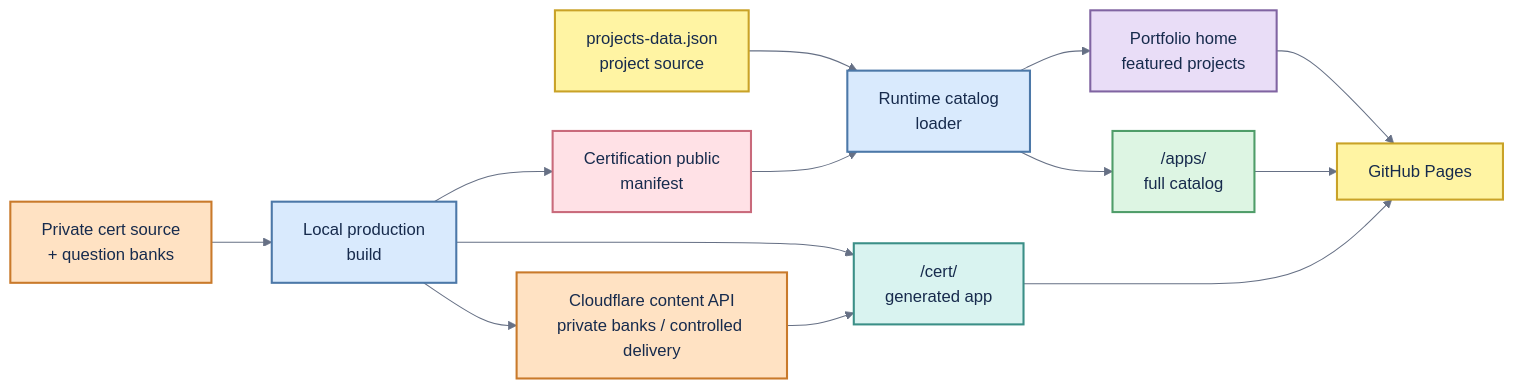
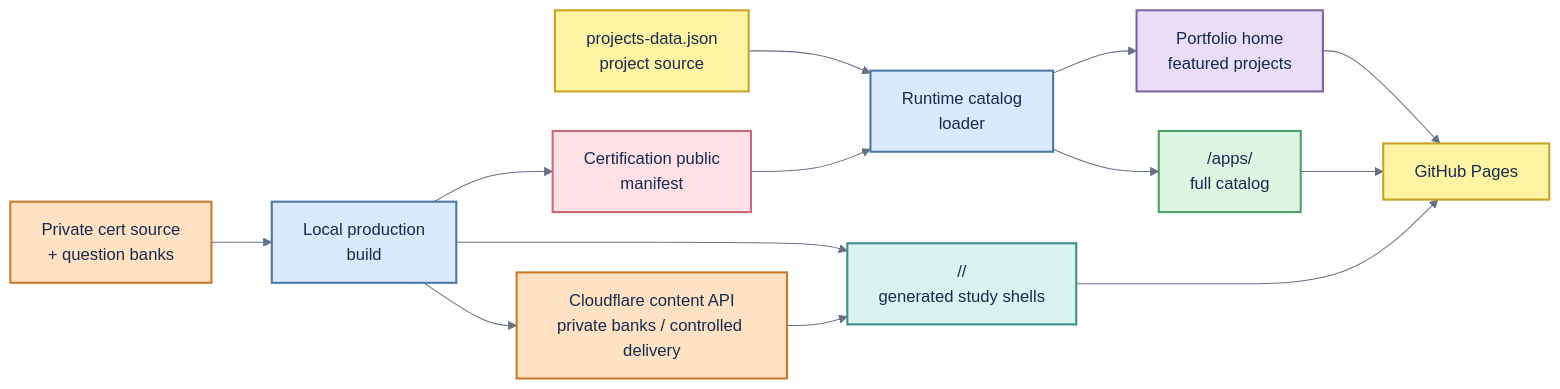
Before and after one commit to thangldw/thangldw.github.io: the diagram in README.md, drawn with Mermaid. The commit also changed other lines of this file and 15 other files, not shown here.

````diff
--- a/README.md
+++ b/README.md
@@ -7,23 +7,23 @@
 ```mermaid
 %%{init: {"theme":"base","flowchart":{"curve":"basis","nodeSpacing":38,"rankSpacing":58},"themeVariables":{"background":"#F7F7F5","fontFamily":"Inter, Arial, sans-serif","lineColor":"#667085","primaryTextColor":"#172B4D"}}}%%
 flowchart LR
     PJ["projects-data.json<br/>project source"]:::yellow --> PL["Runtime catalog<br/>loader"]:::blue
     CM["Certification public<br/>manifest"]:::pink --> PL
     PL --> H["Portfolio home<br/>featured projects"]:::purple
     PL --> A["/apps/<br/>full catalog"]:::green
     CS["Private cert source<br/>+ question banks"]:::orange --> CB["Local production<br/>build"]:::blue
-    CB --> CA["/cert/<br/>generated app"]:::cyan
+    CB --> CA["/<test>/<br/>generated study shells"]:::cyan
     CB --> CM
     CB --> API["Cloudflare content API<br/>private banks / controlled delivery"]:::orange
     API --> CA
     H --> GP["GitHub Pages"]:::yellow
     A --> GP
     CA --> GP
     classDef yellow fill:#FFF4A3,stroke:#C9A227,stroke-width:2px,color:#172B4D
     classDef blue fill:#D9EAFD,stroke:#4C78A8,stroke-width:2px,color:#172B4D
     classDef pink fill:#FFE1E6,stroke:#C96A7B,stroke-width:2px,color:#172B4D
     classDef purple fill:#E9DDF7,stroke:#8064A2,stroke-width:2px,color:#172B4D
     classDef green fill:#DDF5E3,stroke:#4F9D69,stroke-width:2px,color:#172B4D
     classDef orange fill:#FFE2C3,stroke:#C97A2B,stroke-width:2px,color:#172B4D
     classDef cyan fill:#D9F3F0,stroke:#3B8F87,stroke-width:2px,color:#172B4D
 ```
````
